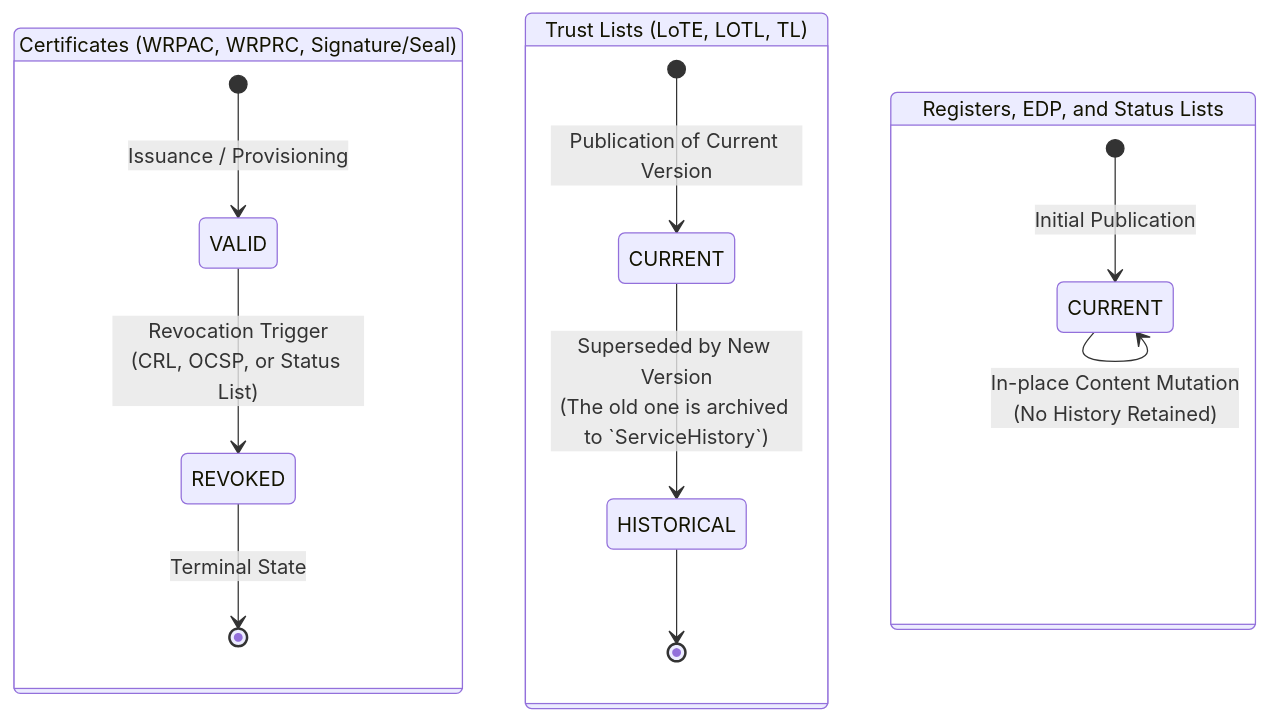
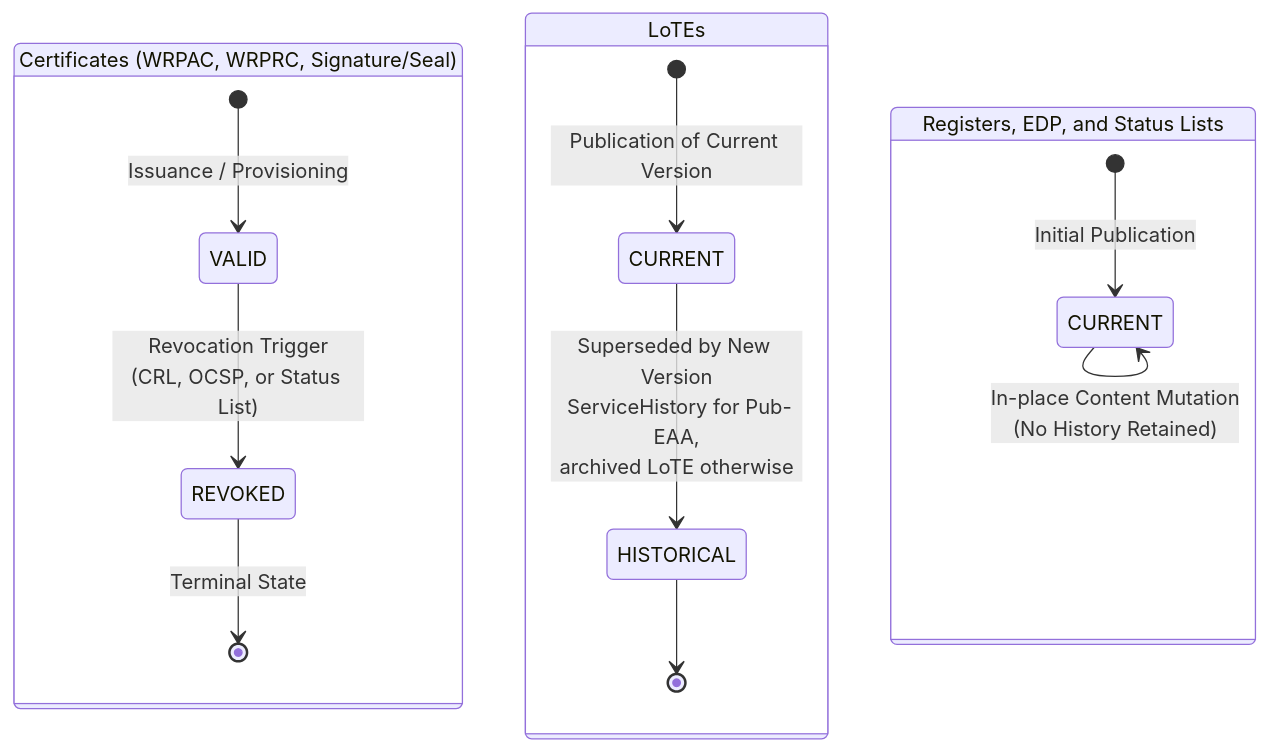
Before and after one commit to APTITUDE-Consortium/wp2-trust-specifications: the fourth of 4 diagrams in docs/topics/trust-management-process.md, drawn with Mermaid. The commit also changed other lines of this file, not shown here.

Commit message:
Chore: refactor of trust management

````diff
--- a/docs/topics/trust-management-process.md
+++ b/docs/topics/trust-management-process.md
@@ -355,29 +330,29 @@
 ```mermaid
 stateDiagram-v2
     %% Define Layout Orientation
     direction TB
 
     %% 1. Certificates Lifecycle Group
     state "Certificates (WRPAC, WRPRC, Signature/Seal)" as CertGroup {
         [*] --> VALID : Issuance / Provisioning
         VALID --> REVOKED : Revocation Trigger<br>(CRL, OCSP, or Status List)
         REVOKED --> [*] : Terminal State
     }
 
-    %% 2. Trust Lists Lifecycle Group
-    state "Trust Lists (LoTE, LOTL, TL)" as TLGroup {
-        [*] --> TL_CURRENT : Publication of Current Version
-        state "CURRENT" as TL_CURRENT
+    %% 2. LoTE Lifecycle Group
+    state "LoTEs" as LoTEGroup {
+        [*] --> LoTE_CURRENT : Publication of Current Version
+        state "CURRENT" as LoTE_CURRENT
         
-        TL_CURRENT --> HISTORICAL : Superseded by New Version<br>(The old one is archived to `ServiceHistory`)
+        LoTE_CURRENT --> HISTORICAL : Superseded by New Version<br> ServiceHistory for Pub-EAA,<br>archived LoTE otherwise
         HISTORICAL --> [*]
     }
 
     %% 3. Registers, EDP, and Status Lists Lifecycle Group
     state "Registers, EDP, and Status Lists" as RegGroup {
         [*] --> REG_CURRENT : Initial Publication
         state "CURRENT" as REG_CURRENT
         
         REG_CURRENT --> REG_CURRENT : In-place Content Mutation<br>(No History Retained)
     }
 ```
````
